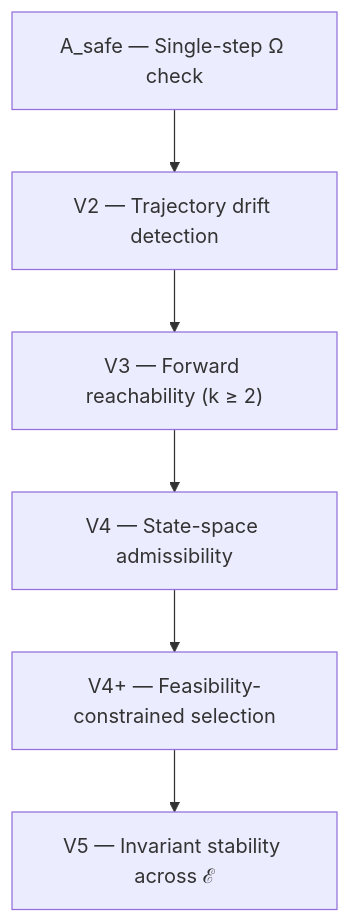
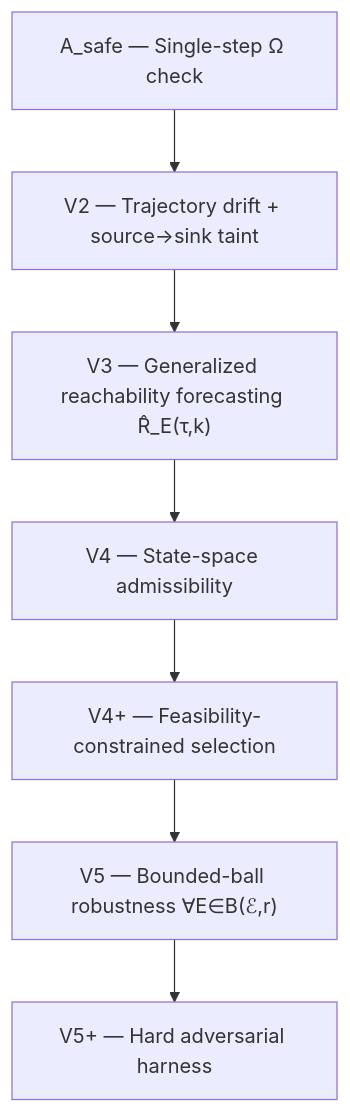
The fourth of 4 diagrams in README.md (davarntrades/Morrison-Runtime-Governance), drawn with Mermaid before and after one commit. The commit also changed other lines of this file, not shown here.

````diff
--- a/README.md
+++ b/README.md
@@ -302,8 +302,9 @@
 ```mermaid
 graph TD
-    A["A_safe — Single-step Ω check"] --> V2["V2 — Trajectory drift detection"]
-    V2 --> V3["V3 — Forward reachability (k ≥ 2)"]
+    A["A_safe — Single-step Ω check"] --> V2["V2 — Trajectory drift + source→sink taint"]
+    V2 --> V3["V3 — Generalized reachability forecasting R̂_E(τ,k)"]
     V3 --> V4["V4 — State-space admissibility"]
     V4 --> V4P["V4+ — Feasibility-constrained selection"]
-    V4P --> V5["V5 — Invariant stability across ℰ"]
+    V4P --> V5["V5 — Bounded-ball robustness ∀E∈B(ℰ,r)"]
+    V5 --> V5P["V5+ — Hard adversarial harness"]
 ```
````
